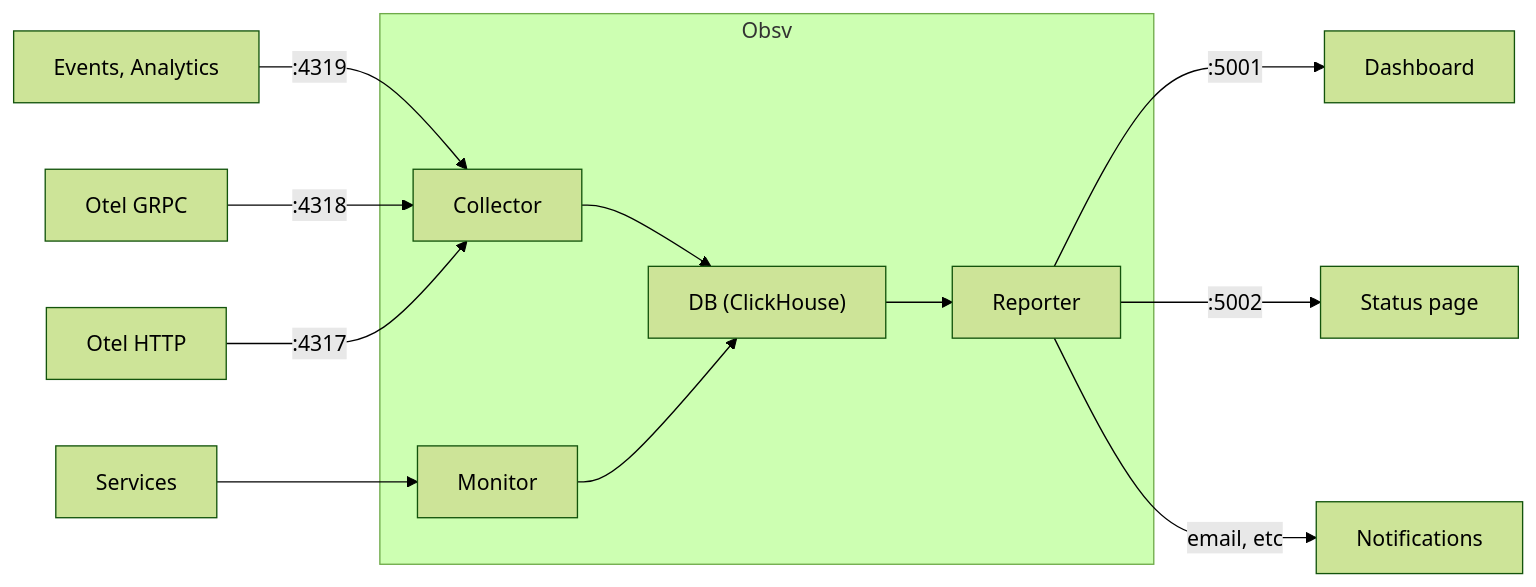
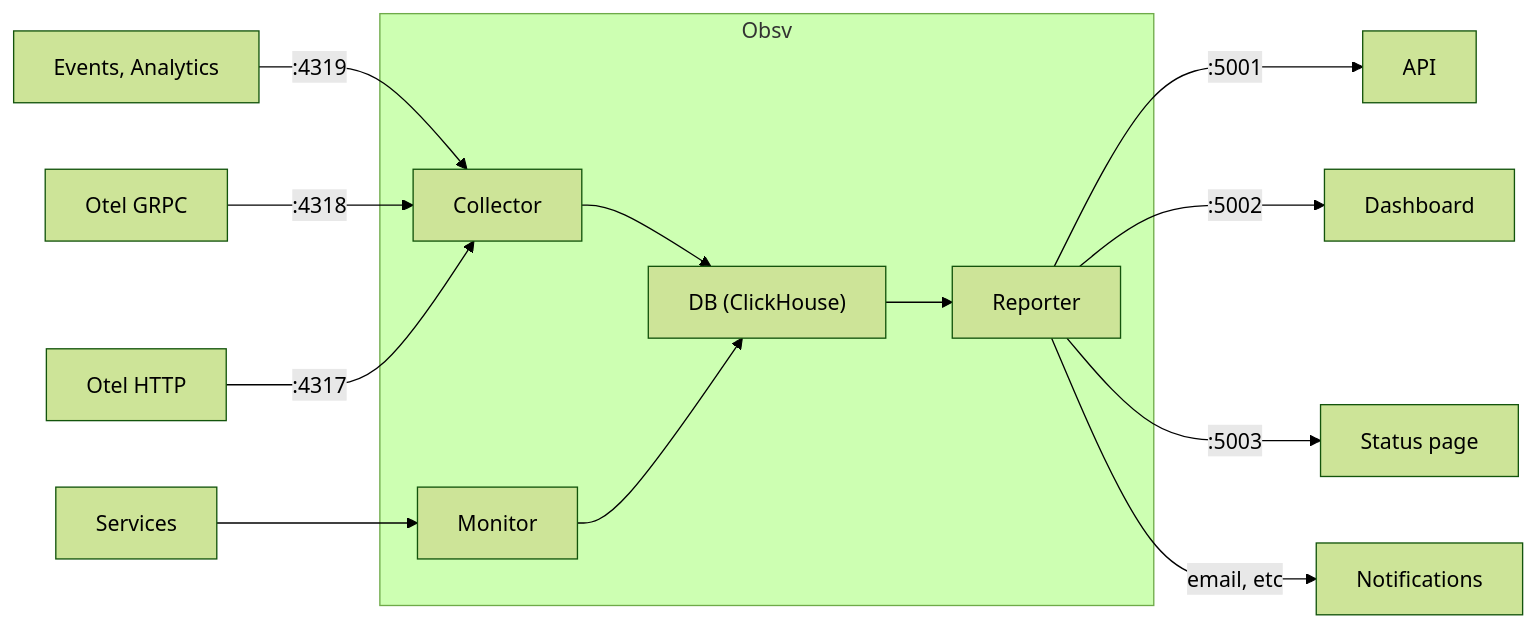
Before and after one commit to nlargueze/obsv: the diagram in README.md, drawn with Mermaid (forest theme). The commit also changed other lines of this file and 10 other files, not shown here.

````diff
--- a/README.md
+++ b/README.md
@@ -11,31 +11,33 @@
 ```mermaid
 flowchart LR
     in_otel_http[Otel HTTP]
     in_otel_grpc[Otel GRPC]
     in_events[Events, Analytics]
     in_services[Services]
 
+    out_api[API]
     out_dashboard[Dashboard]
     out_status[Status page]
     out_notifs[Notifications]
 
     subgraph obsv [Obsv]
         coll[Collector]
         db["DB (ClickHouse)"]
         reporter[Reporter]
         monitor[Monitor]
     end
 
     in_events --> |:4319| coll
     in_otel_grpc --> |:4318| coll
     in_otel_http --> |:4317| coll
     in_services --> monitor
 
     coll --> db
     db --> reporter
     monitor --> db
 
-    reporter --> |:5001| out_dashboard
-    reporter --> |:5002| out_status
+    reporter --> |:5001| out_api
+    reporter --> |:5002| out_dashboard
+    reporter --> |:5003| out_status
     reporter --> |email, etc| out_notifs
 ```
````
